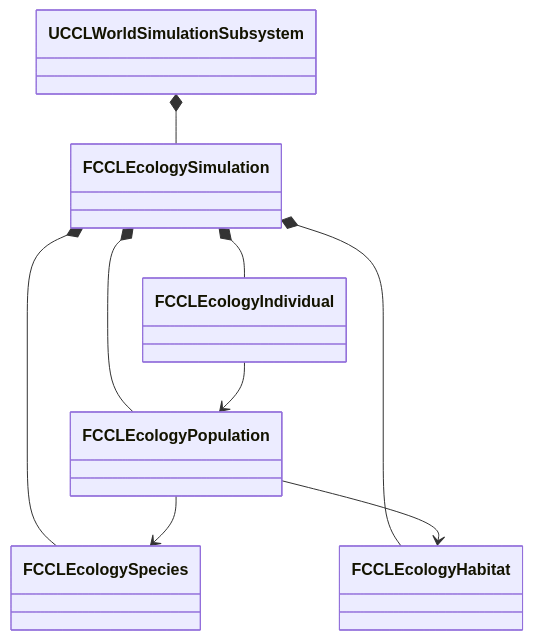
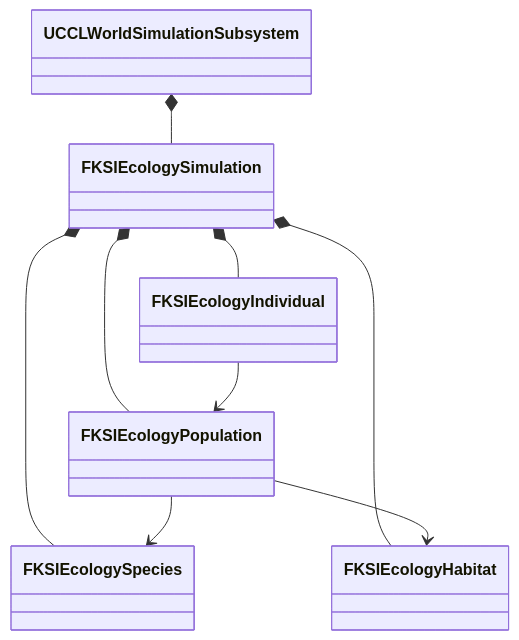
Before and after one commit to kang-sihwon/ccl8: the first of 13 diagrams in Docs/EnvironmentEcology.md, drawn with Mermaid. The commit also changed other lines of this file and 6 other files, not shown here.

````diff
--- a/Docs/EnvironmentEcology.md
+++ b/Docs/EnvironmentEcology.md
@@ -54,11 +52,11 @@
 ```mermaid
 classDiagram
-    UCCLWorldSimulationSubsystem *-- FCCLEcologySimulation
-    FCCLEcologySimulation *-- FCCLEcologySpecies
-    FCCLEcologySimulation *-- FCCLEcologyHabitat
-    FCCLEcologySimulation *-- FCCLEcologyPopulation
-    FCCLEcologySimulation *-- FCCLEcologyIndividual
-    FCCLEcologyPopulation --> FCCLEcologySpecies
-    FCCLEcologyPopulation --> FCCLEcologyHabitat
-    FCCLEcologyIndividual --> FCCLEcologyPopulation
+    UCCLWorldSimulationSubsystem *-- FKSIEcologySimulation
+    FKSIEcologySimulation *-- FKSIEcologySpecies
+    FKSIEcologySimulation *-- FKSIEcologyHabitat
+    FKSIEcologySimulation *-- FKSIEcologyPopulation
+    FKSIEcologySimulation *-- FKSIEcologyIndividual
+    FKSIEcologyPopulation --> FKSIEcologySpecies
+    FKSIEcologyPopulation --> FKSIEcologyHabitat
+    FKSIEcologyIndividual --> FKSIEcologyPopulation
 ```
````
